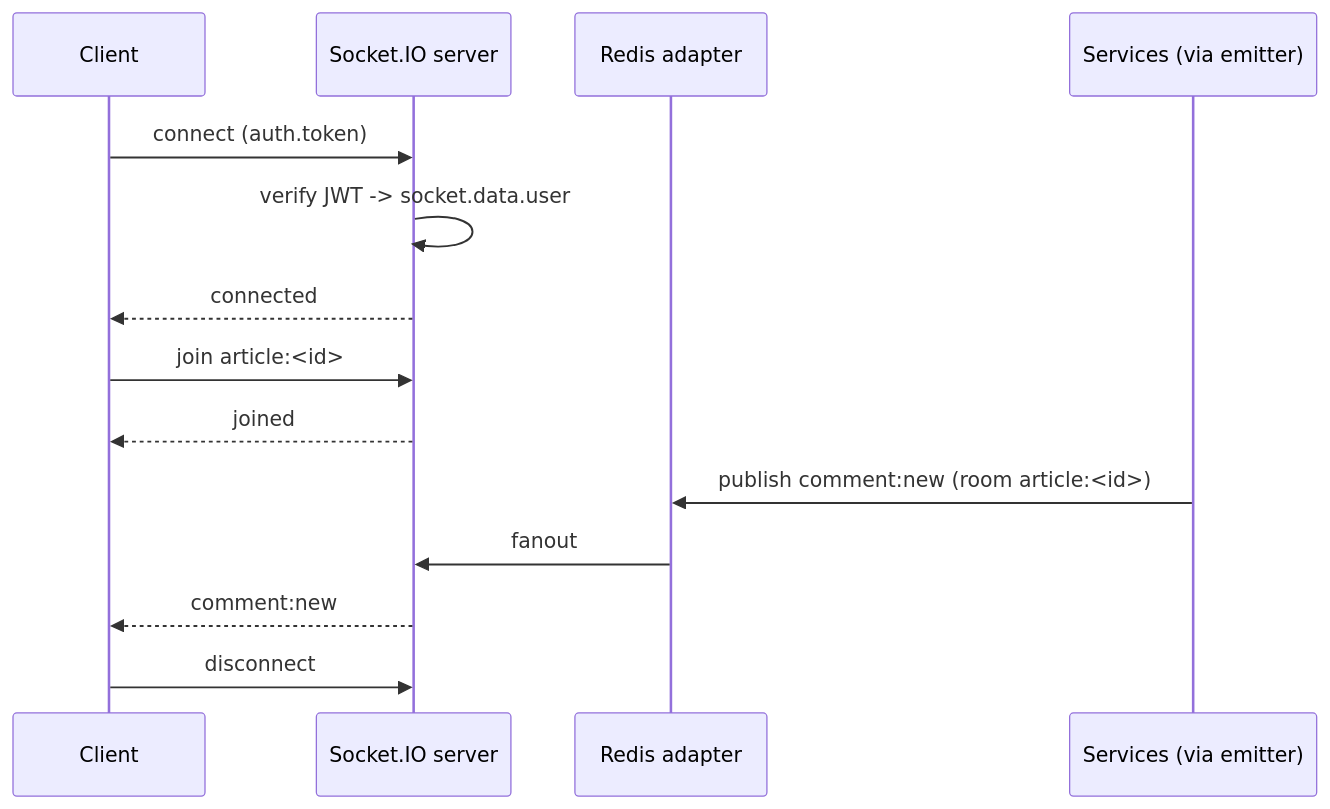
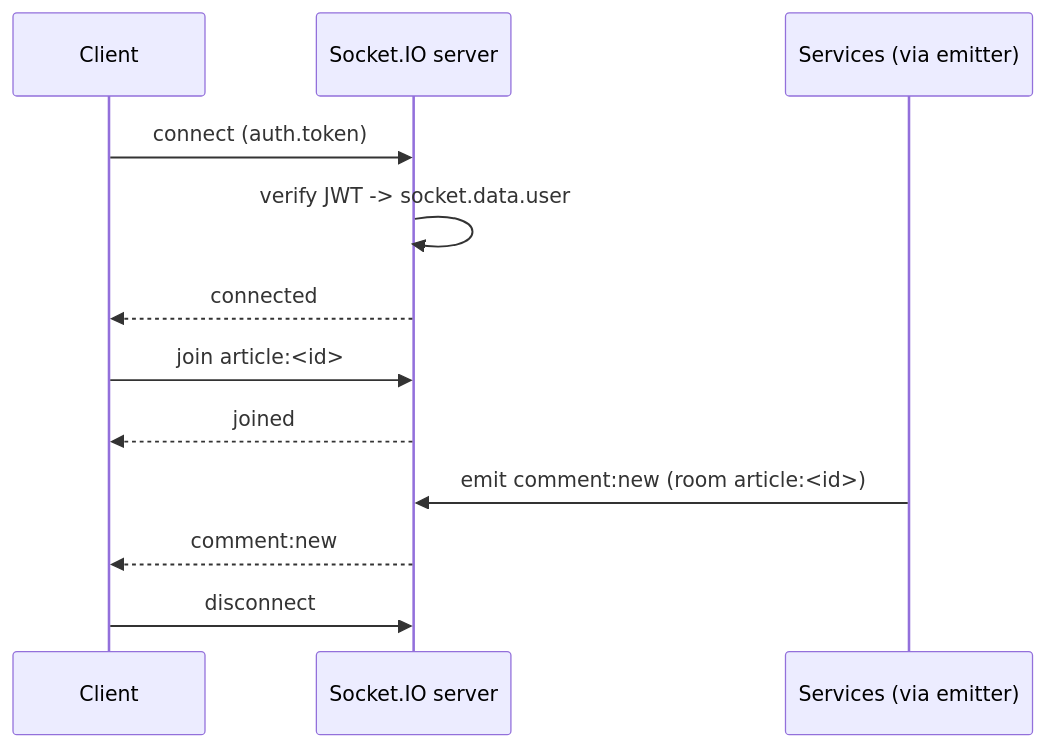
Before and after one commit to jeerupraveen04/Newswatchrequirement: the seventh of 9 diagrams in docs/architecture/03-backend-architecture.md, drawn with Mermaid. The commit also changed other lines of this file and 64 other files, not shown here.

````diff
--- a/docs/architecture/03-backend-architecture.md
+++ b/docs/architecture/03-backend-architecture.md
@@ -747,16 +744,14 @@
 ```mermaid
 sequenceDiagram
   participant Client
   participant GW as Socket.IO server
-  participant Redis as Redis adapter
   participant Svc as Services (via emitter)
   Client->>GW: connect (auth.token)
   GW->>GW: verify JWT -> socket.data.user
   GW-->>Client: connected
   Client->>GW: join article:<id>
   GW-->>Client: joined
-  Svc->>Redis: publish comment:new (room article:<id>)
-  Redis->>GW: fanout
+  Svc->>GW: emit comment:new (room article:<id>)
   GW-->>Client: comment:new
   Client->>GW: disconnect
 ```
````
